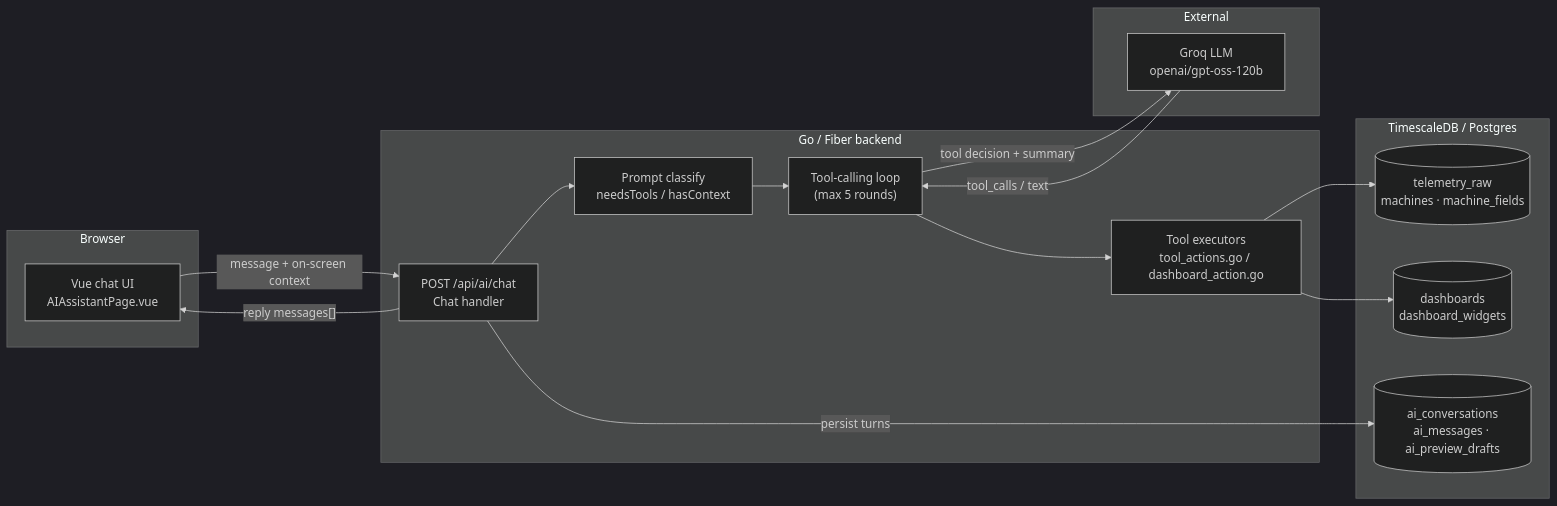
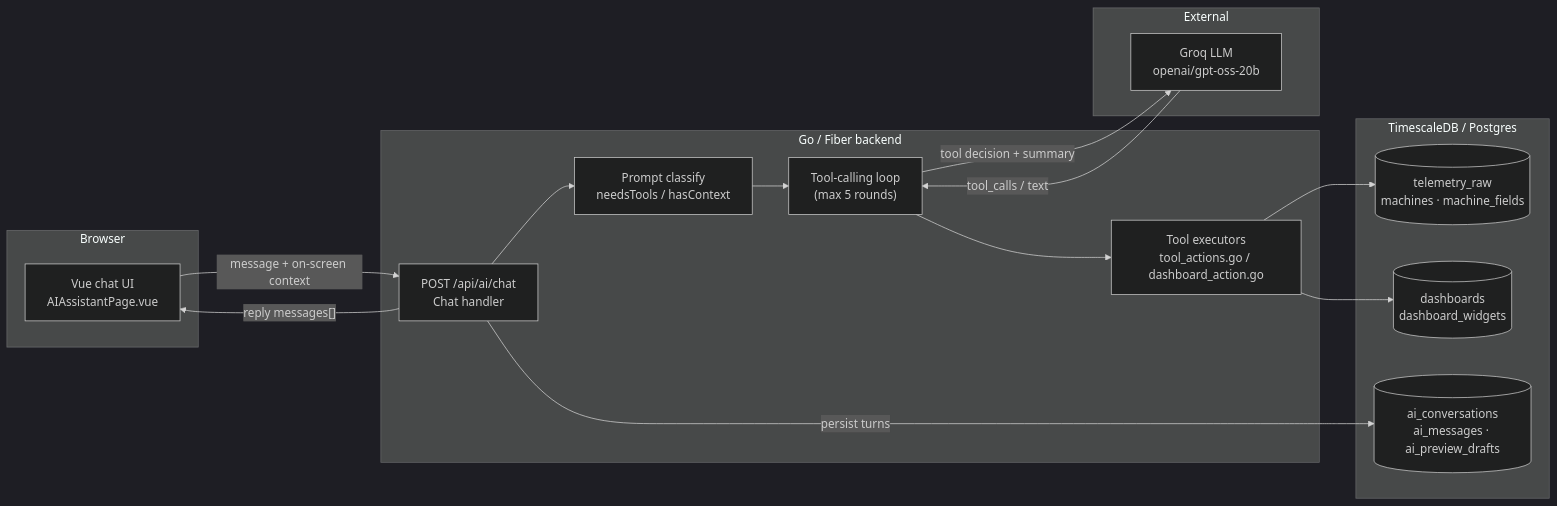
The first of 5 diagrams in docs/AI_ARCHITECTURE.md (pepegummo/Project-Dashboard), drawn with Mermaid (dark theme) before and after one commit. The commit also changed other lines of this file and 5 other files, not shown here.

Commit message:
ai know about custom bar chart

````diff
--- a/docs/AI_ARCHITECTURE.md
+++ b/docs/AI_ARCHITECTURE.md
@@ -68,33 +68,33 @@
 ```mermaid
 flowchart LR
     subgraph Browser
         UI["Vue chat UI<br/>AIAssistantPage.vue"]
     end
 
     subgraph Backend["Go / Fiber backend"]
         CHAT["POST /api/ai/chat<br/>Chat handler"]
         CLASS["Prompt classify<br/>needsTools / hasContext"]
         LOOP["Tool-calling loop<br/>(max 5 rounds)"]
         TOOLS["Tool executors<br/>tool_actions.go / dashboard_action.go"]
     end
 
     subgraph External
-        GROQ["Groq LLM<br/>openai/gpt-oss-120b"]
+        GROQ["Groq LLM<br/>openai/gpt-oss-20b"]
     end
 
     subgraph Data["TimescaleDB / Postgres"]
         TEL[("telemetry_raw<br/>machines · machine_fields")]
         DASH[("dashboards<br/>dashboard_widgets")]
         HIST[("ai_conversations<br/>ai_messages · ai_preview_drafts")]
     end
 
     UI -- "message + on-screen context" --> CHAT
     CHAT --> CLASS --> LOOP
     LOOP -- "tool decision + summary" --> GROQ
     GROQ -- "tool_calls / text" --> LOOP
     LOOP --> TOOLS
     TOOLS --> TEL
     TOOLS --> DASH
     CHAT -- "persist turns" --> HIST
     CHAT -- "reply messages[]" --> UI
 ```
````
